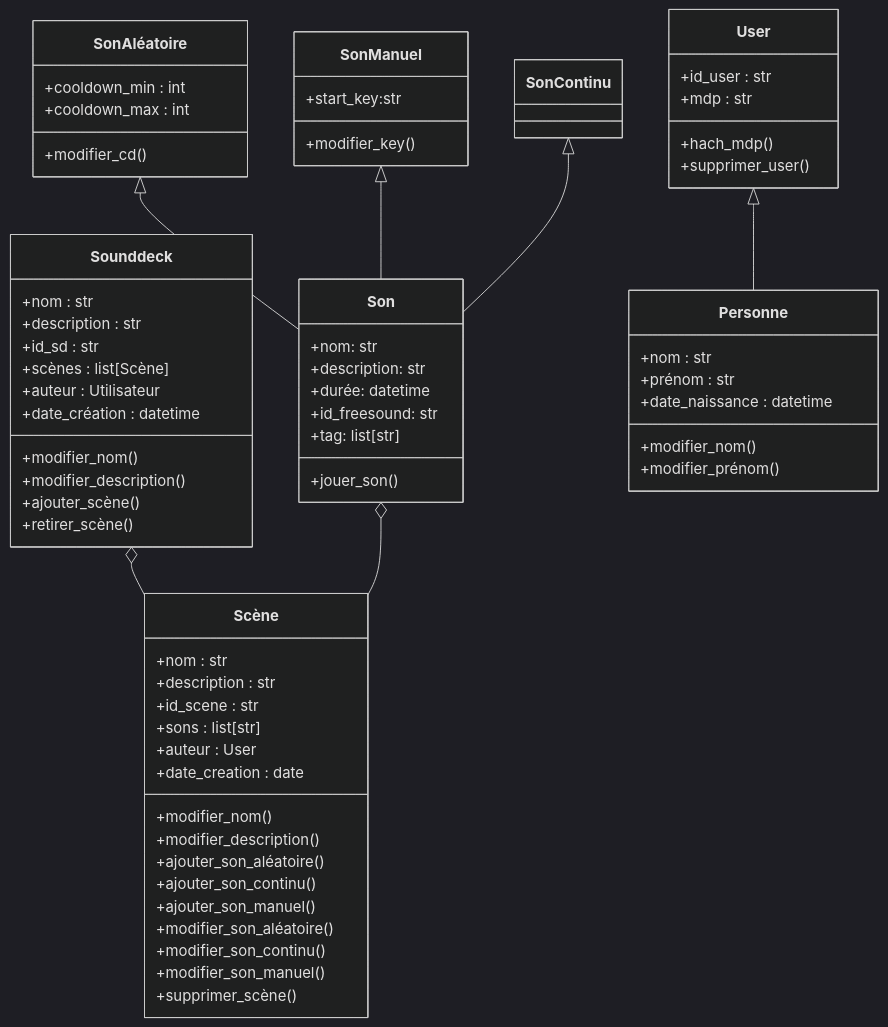
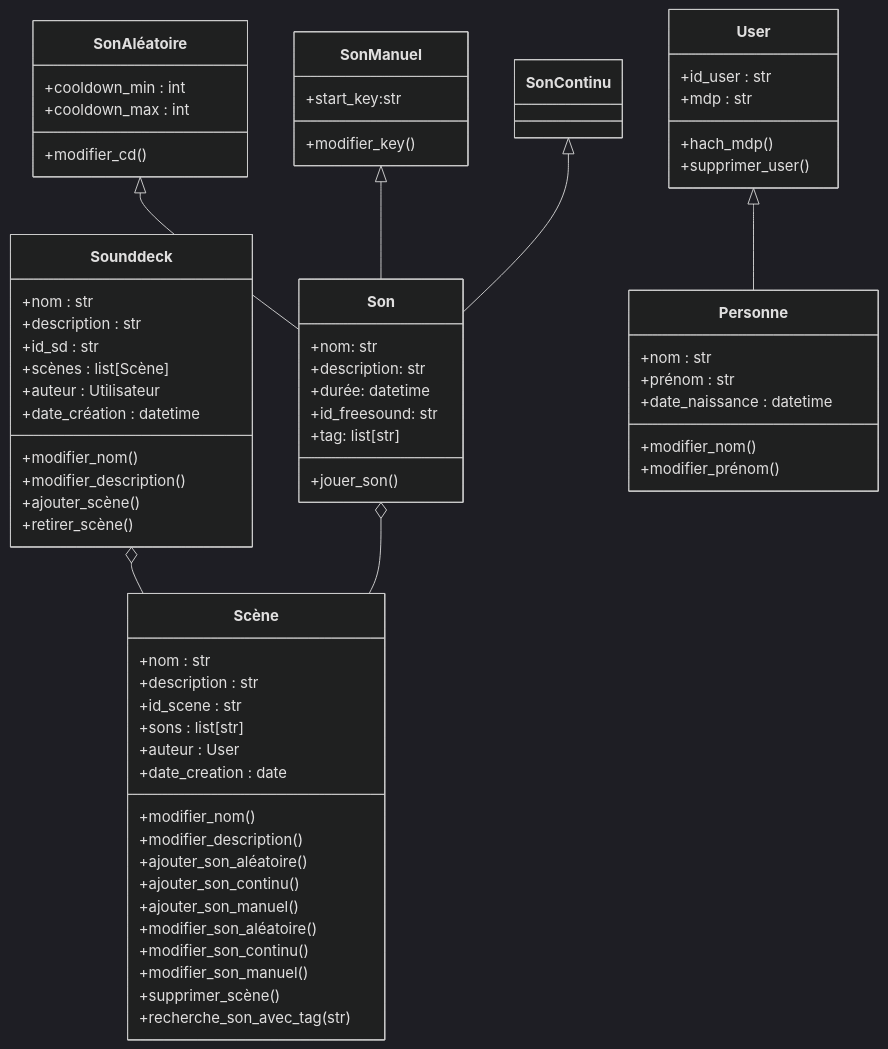
Before and after one commit to DatAlex987/Projet_info_2A_groupe4: the diagram in doc/diagramme_classes.md, drawn with Mermaid (dark theme).

Commit message:
modif diagramme classes mermaid

````diff
--- a/doc/diagramme_classes.md
+++ b/doc/diagramme_classes.md
@@ -1,77 +1,78 @@
 ```mermaid
 classDiagram
     class Son {
         +nom: str
         +description: str
         +durée: datetime
         +id_freesound: str
         +tag: list[str]
         +jouer_son()
     }
     
     class Son Aléatoire {
         +cooldown_min : int
         +cooldown_max : int
         +modifier_cd()
     }
     
     class Son Manuel {
         +start_key:str
         +modifier_key()
     }
 
     Son Aléatoire <|-- Son
     Son Manuel <|-- Son
     Son Continu <|-- Son
 
     class Scène {
         +nom : str
         +description : str
         +id_scene : str
         +sons : list[str]
         +auteur : User
         +date_creation : date
         +modifier_nom()
         +modifier_description()
         +ajouter_son_aléatoire()
         +ajouter_son_continu()
         +ajouter_son_manuel()
         +modifier_son_aléatoire()
         +modifier_son_continu()
         +modifier_son_manuel()
         +supprimer_scène()
+        +recherche_son_avec_tag(str)
     }
     
     class Sounddeck {
         +nom : str
         +description : str
         +id_sd : str
         +scènes : list[Scène]
         +auteur : Utilisateur
         +date_création : datetime
         +modifier_nom()
         +modifier_description()
         +ajouter_scène()
         +retirer_scène()
     }
 
     class Personne {
         +nom : str
         +prénom : str
         +date_naissance : datetime
         +modifier_nom()
         +modifier_prénom()
     }
 
     class User {
         +id_user : str
         +mdp : str
         +hach_mdp()
         +supprimer_user()
     }
-    
+
     User <|-- Personne
     Sounddeck o-- Scène
     Son o-- Scène
 
 ```
````
